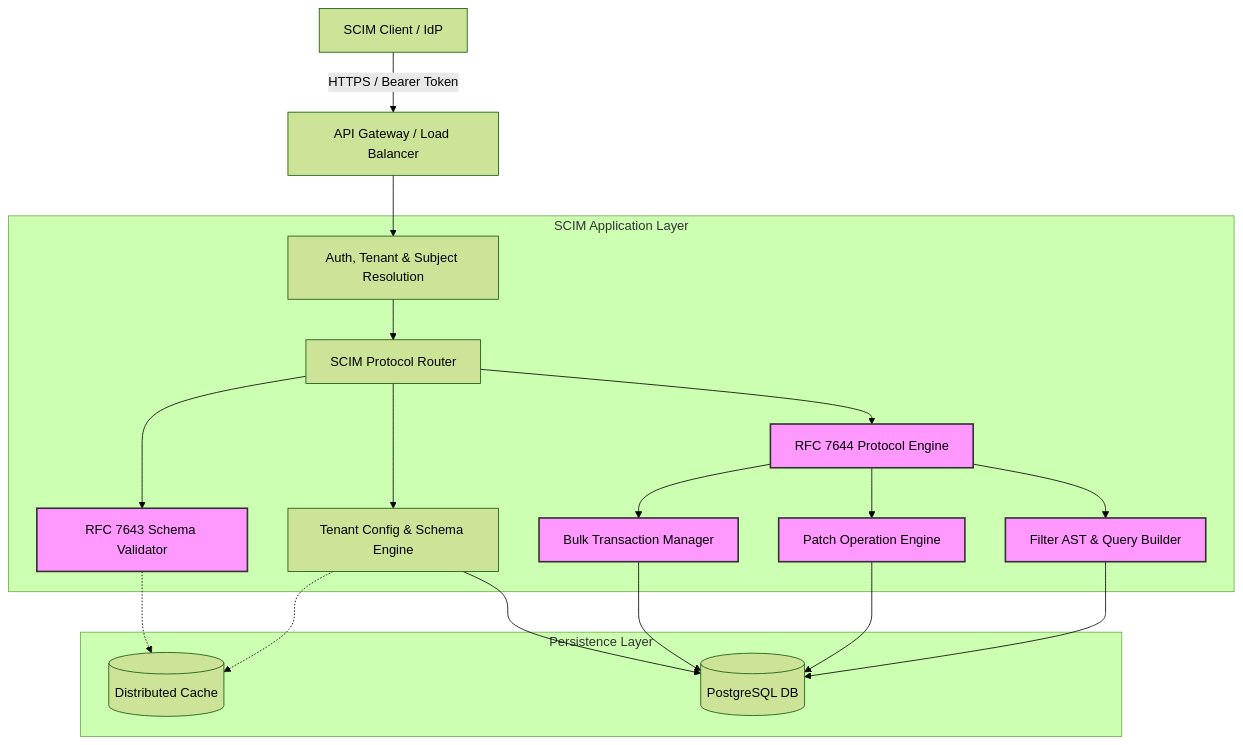
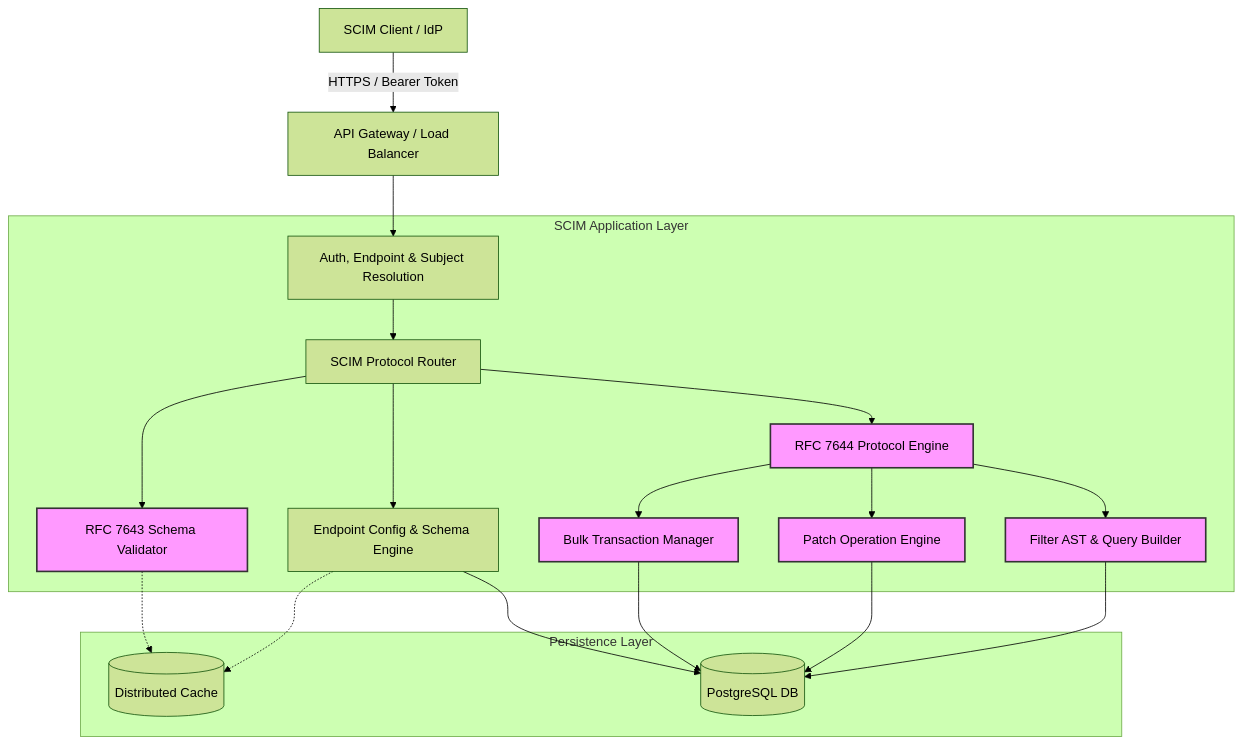
One commit to pranems/SCIMServer changed the diagram in docs/IDEAL_SCIM_ARCHITECTURE_RFC_FIRST.md. Above: the diagram before and after it, drawn with Mermaid (forest theme). The commit also changed other lines of this file and 288 other files, not shown here.

````diff
--- a/docs/IDEAL_SCIM_ARCHITECTURE_RFC_FIRST.md
+++ b/docs/IDEAL_SCIM_ARCHITECTURE_RFC_FIRST.md
@@ -19,30 +19,30 @@
 ```mermaid
 graph TD
     Client[SCIM Client / IdP] -->|HTTPS / Bearer Token| API_Gateway[API Gateway / Load Balancer]
     
-    API_Gateway --> AuthZ[Auth, Tenant & Subject Resolution]
+    API_Gateway --> AuthZ[Auth, Endpoint & Subject Resolution]
     
     subgraph SCIM Application Layer
         AuthZ --> Router[SCIM Protocol Router]
-        Router --> ConfigEngine[Tenant Config & Schema Engine]
+        Router --> ConfigEngine[Endpoint Config & Schema Engine]
         Router --> Validation[RFC 7643 Schema Validator]
         Router --> Protocol[RFC 7644 Protocol Engine]
         
         Protocol --> FilterAST[Filter AST & Query Builder]
         Protocol --> PatchEngine[Patch Operation Engine]
         Protocol --> BulkEngine[Bulk Transaction Manager]
     end
     
     subgraph Persistence Layer
         ConfigEngine -.-> Cache[(Distributed Cache)]
         Validation -.-> Cache
         
         FilterAST --> DB[(PostgreSQL DB)]
         PatchEngine --> DB
         BulkEngine --> DB
         ConfigEngine --> DB
     end
 
     classDef core fill:#f9f,stroke:#333,stroke-width:2px;
     class Protocol,Validation,FilterAST,PatchEngine,BulkEngine core;
 ```
````
